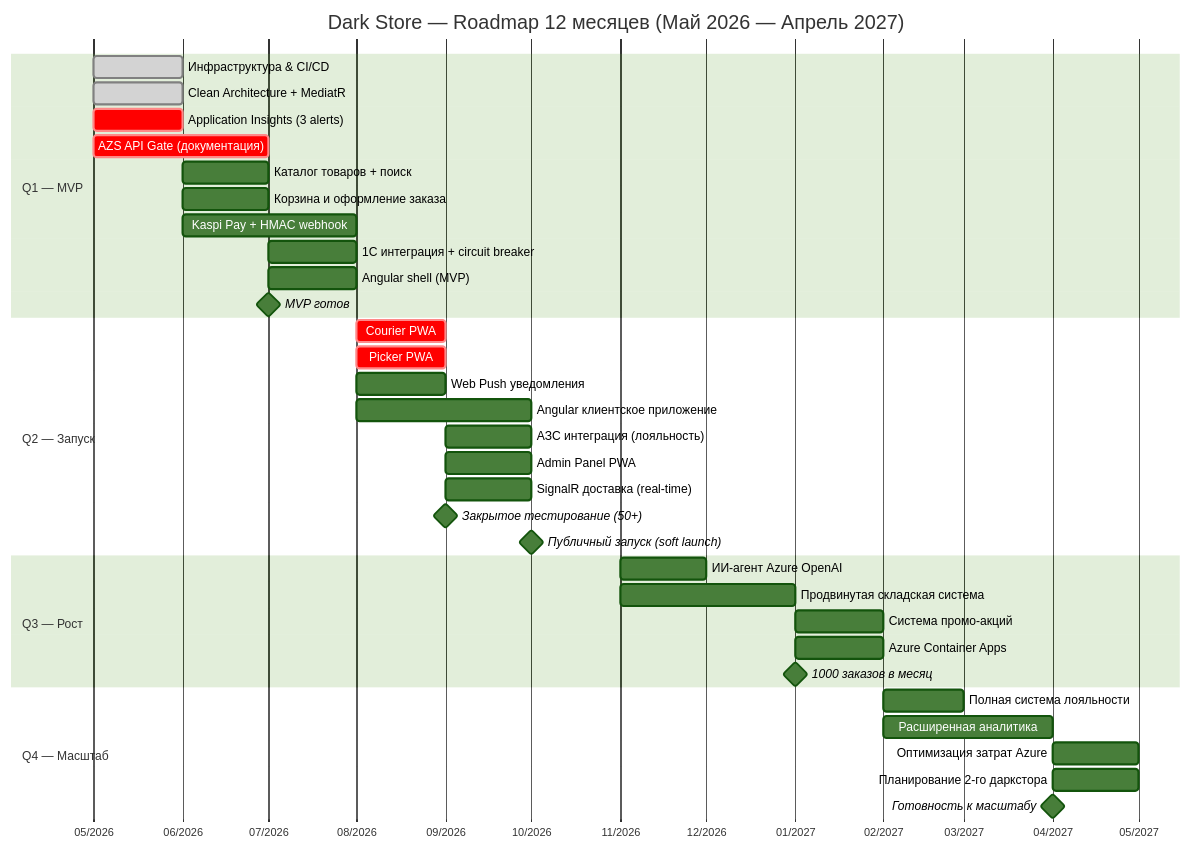
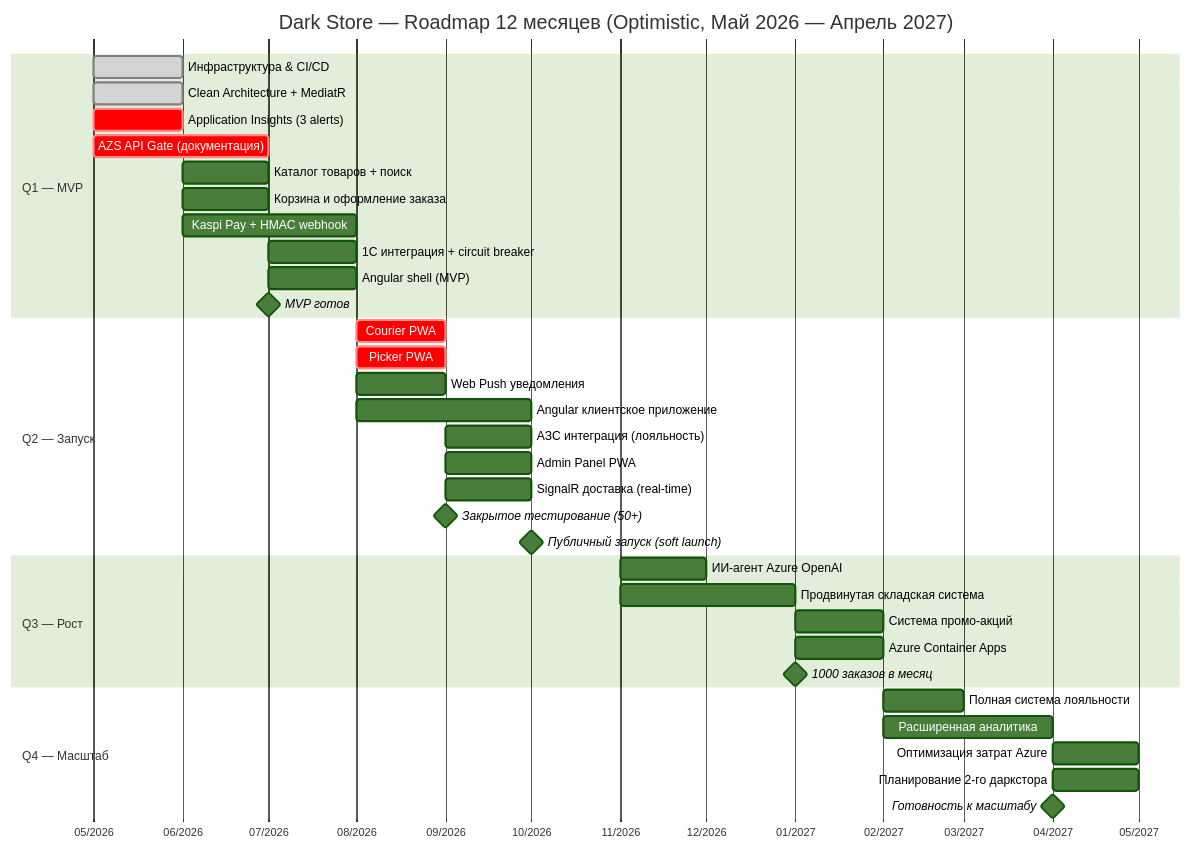
The diagram in docs/ROADMAP_12_MONTHS.md (alexander-shamray/darkstore), drawn with Mermaid (forest theme) before and after one commit. The commit also changed other lines of this file and 7 other files, not shown here.

````diff
--- a/docs/ROADMAP_12_MONTHS.md
+++ b/docs/ROADMAP_12_MONTHS.md
@@ -18,43 +20,43 @@
 ```mermaid
 gantt
-    title Dark Store — Roadmap 12 месяцев (Май 2026 — Апрель 2027)
+    title Dark Store — Roadmap 12 месяцев (Optimistic, Май 2026 — Апрель 2027)
     dateFormat  YYYY-MM
     axisFormat  %m/%Y
 
     section Q1 — MVP
     Инфраструктура & CI/CD          :done,    2026-05, 1M
     Clean Architecture + MediatR    :done,    2026-05, 1M
     Application Insights (3 alerts) :crit,    2026-05, 1M
     AZS API Gate (документация)     :crit,    2026-05, 2M
     Каталог товаров + поиск         :         2026-06, 1M
     Корзина и оформление заказа     :         2026-06, 1M
     Kaspi Pay + HMAC webhook        :         2026-06, 2M
     1С интеграция + circuit breaker :         2026-07, 1M
     Angular shell (MVP)             :         2026-07, 1M
     MVP готов                       :milestone, 2026-07, 0M
 
     section Q2 — Запуск
     Courier PWA                     :crit,    2026-08, 1M
     Picker PWA                      :crit,    2026-08, 1M
     Web Push уведомления            :         2026-08, 1M
     Angular клиентское приложение   :         2026-08, 2M
     АЗС интеграция (лояльность)     :         2026-09, 1M
     Admin Panel PWA                 :         2026-09, 1M
     SignalR доставка (real-time)    :         2026-09, 1M
     Закрытое тестирование (50+)     :milestone, 2026-09, 0M
     Публичный запуск (soft launch)  :milestone, 2026-10, 0M
 
     section Q3 — Рост
     ИИ-агент Azure OpenAI           :         2026-11, 1M
     Продвинутая складская система   :         2026-11, 2M
     Система промо-акций             :         2027-01, 1M
     Azure Container Apps            :         2027-01, 1M
     1000 заказов в месяц            :milestone, 2027-01, 0M
 
     section Q4 — Масштаб
     Полная система лояльности       :         2027-02, 1M
     Расширенная аналитика           :         2027-02, 2M
     Оптимизация затрат Azure        :         2027-04, 1M
     Планирование 2-го даркстора     :         2027-04, 1M
     Готовность к масштабу           :milestone, 2027-04, 0M
 ```
````
